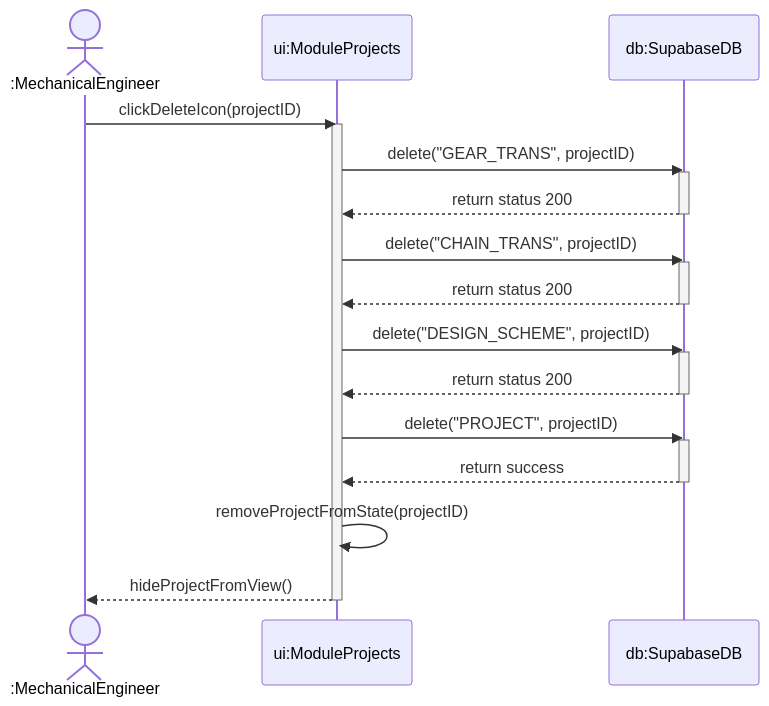
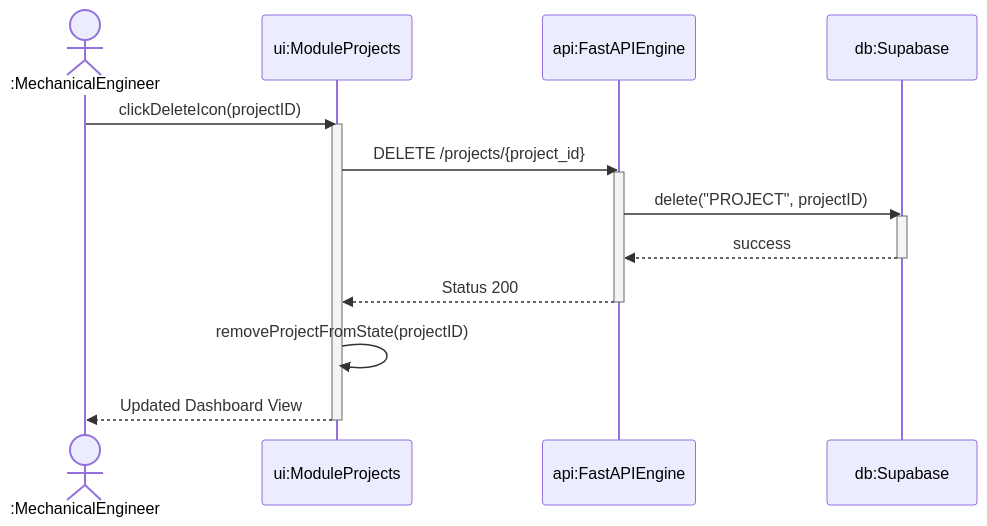
Before and after one commit to dvydinh/mechdrive: the third of 3 diagrams in docs/uml/4_Sequence_Diagrams.md, drawn with Mermaid. The commit also changed other lines of this file and 14 other files, not shown here.

````diff
--- a/docs/uml/4_Sequence_Diagrams.md
+++ b/docs/uml/4_Sequence_Diagrams.md
@@ -54,33 +86,25 @@
 ```mermaid
 sequenceDiagram
     actor Eng as :MechanicalEngineer
     participant UI as ui:ModuleProjects
-    participant DB as db:SupabaseDB
+    participant API as api:FastAPIEngine
+    participant DB as db:Supabase
 
     Eng->>UI: clickDeleteIcon(projectID)
     activate UI
     
-    UI->>DB: delete("GEAR_TRANS", projectID)
+    UI->>API: DELETE /projects/{project_id}
+    activate API
+    
+    API->>DB: delete("PROJECT", projectID)
     activate DB
-    DB-->>UI: return status 200
+    DB-->>API: success
     deactivate DB
     
-    UI->>DB: delete("CHAIN_TRANS", projectID)
-    activate DB
-    DB-->>UI: return status 200
-    deactivate DB
-    
-    UI->>DB: delete("DESIGN_SCHEME", projectID)
-    activate DB
-    DB-->>UI: return status 200
-    deactivate DB
-    
-    UI->>DB: delete("PROJECT", projectID)
-    activate DB
-    DB-->>UI: return success
-    deactivate DB
+    API-->>UI: Status 200
+    deactivate API
     
     UI->>UI: removeProjectFromState(projectID)
-    UI-->>Eng: hideProjectFromView()
+    UI-->>Eng: Updated Dashboard View
     deactivate UI
 ```
````
